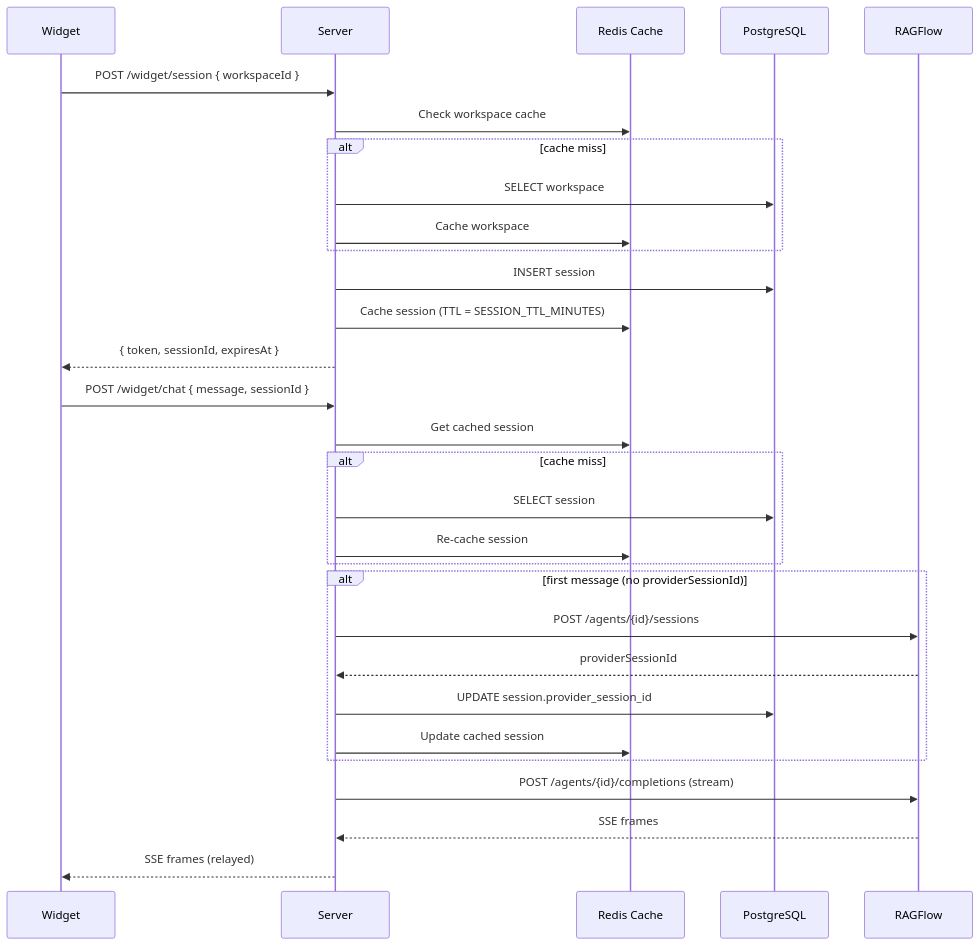
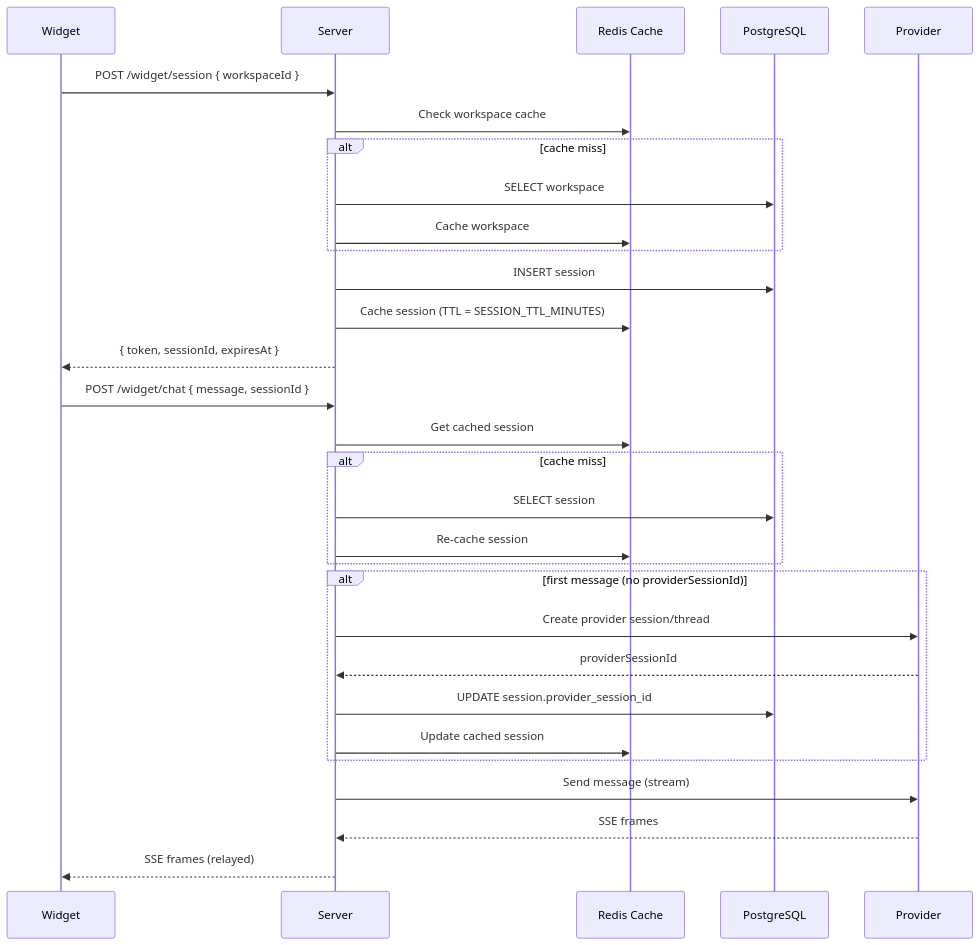
The diagram in README.md (NewPineTech/agent-toolkit), drawn with Mermaid before and after one commit. The commit also changed other lines of this file and 11 other files, not shown here.

````diff
--- a/README.md
+++ b/README.md
@@ -310,34 +344,34 @@
 ```mermaid
 sequenceDiagram
     participant W as Widget
     participant S as Server
     participant R as Redis Cache
     participant P as PostgreSQL
-    participant RF as RAGFlow
+    participant PR as Provider
 
     W->>S: POST /widget/session { workspaceId }
     S->>R: Check workspace cache
     alt cache miss
         S->>P: SELECT workspace
         S->>R: Cache workspace
     end
     S->>P: INSERT session
     S->>R: Cache session (TTL = SESSION_TTL_MINUTES)
     S-->>W: { token, sessionId, expiresAt }
 
     W->>S: POST /widget/chat { message, sessionId }
     S->>R: Get cached session
     alt cache miss
         S->>P: SELECT session
         S->>R: Re-cache session
     end
     alt first message (no providerSessionId)
-        S->>RF: POST /agents/{id}/sessions
-        RF-->>S: providerSessionId
+        S->>PR: Create provider session/thread
+        PR-->>S: providerSessionId
         S->>P: UPDATE session.provider_session_id
         S->>R: Update cached session
     end
-    S->>RF: POST /agents/{id}/completions (stream)
-    RF-->>S: SSE frames
+    S->>PR: Send message (stream)
+    PR-->>S: SSE frames
     S-->>W: SSE frames (relayed)
 ```
````
